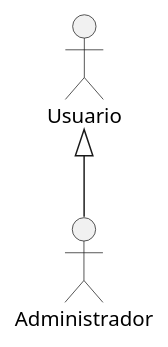
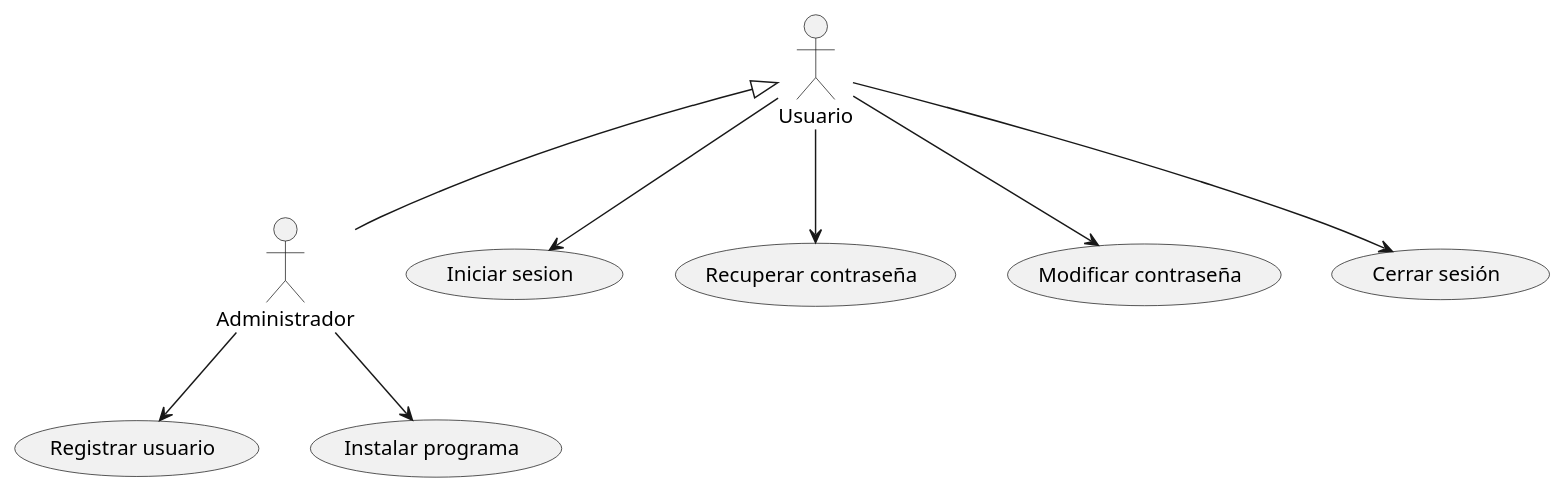
One commit to DaniJorCa/ClasesDeUso changed the diagram in CasosDeUso.puml. Above: the diagram before and after it, drawn with PlantUML.

Commit message:
Acabado Usuarios y Admin.

```diff
--- a/CasosDeUso.puml
+++ b/CasosDeUso.puml
@@ -1,12 +1,21 @@
 @startuml
 
 :Usuario: as u1
 
 :Administrador: as u2
 
 u1 <|-- u2
 
+u1 --> (Iniciar sesion)
+u1 --> (Recuperar contraseña)
+u1 --> (Modificar contraseña)
+u1 --> (Cerrar sesión)
+
+u2 --> (Registrar usuario)
+u2 --> (Instalar programa)
+
+
 
 
 
 @enduml
```
